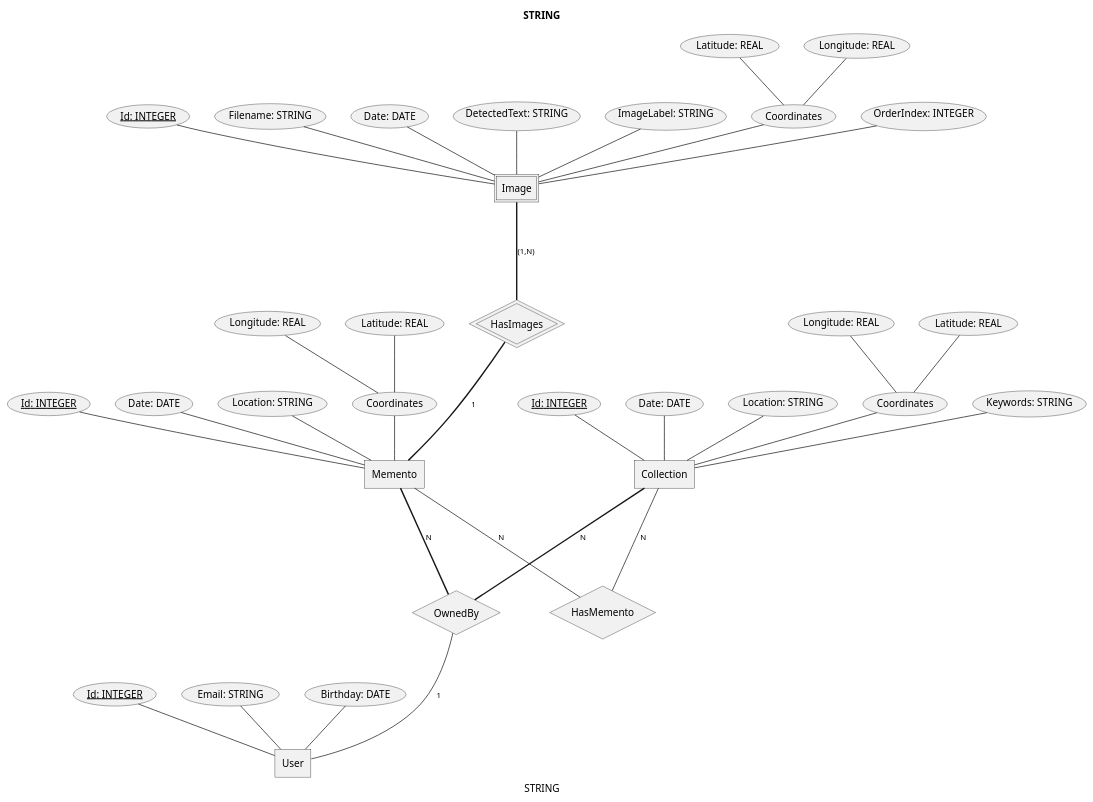
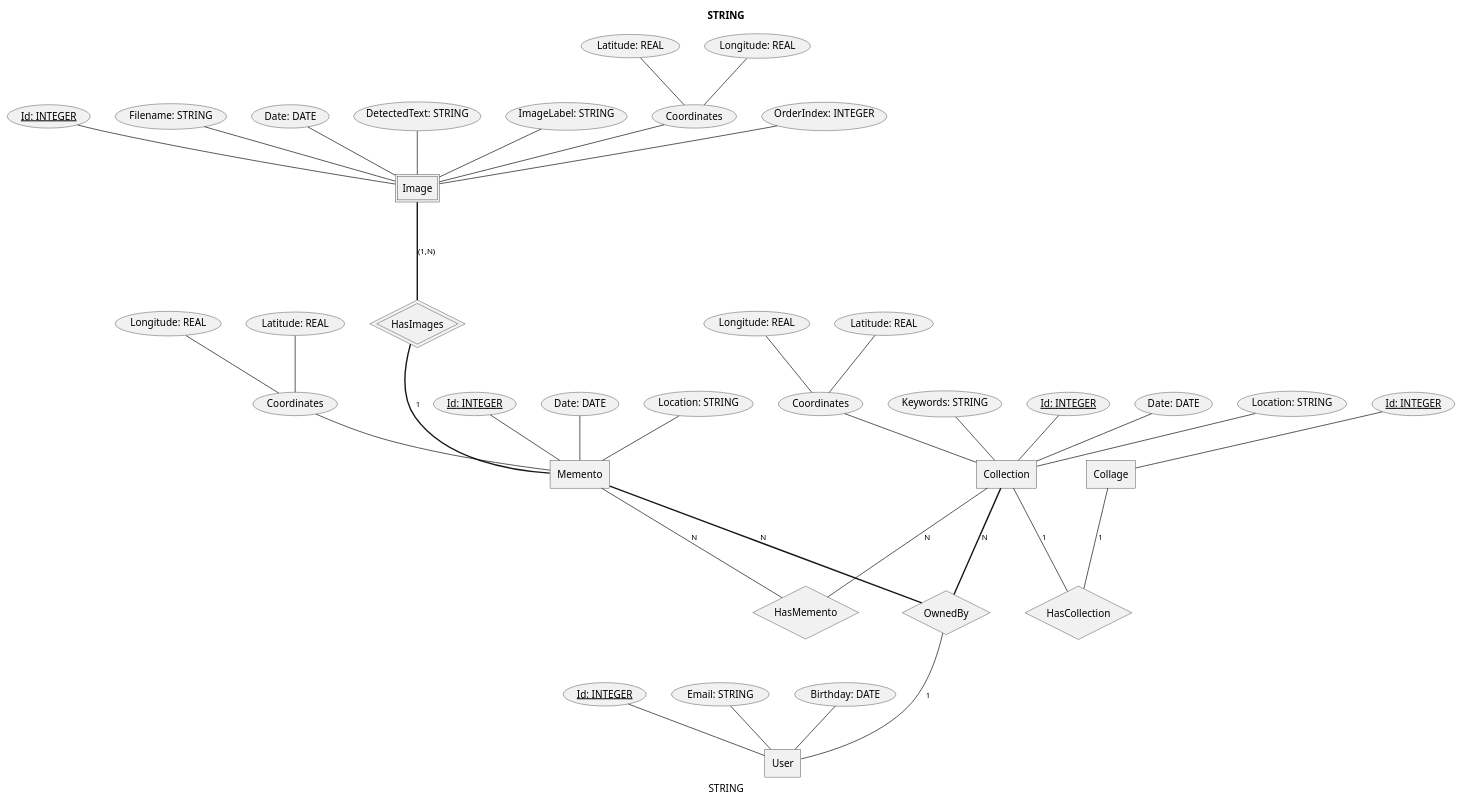
The diagram in docs/entity-relation.puml (owencooke/memento), drawn with PlantUML before and after one commit.

Commit message:
Add collage to ER diagram

```diff
--- a/docs/entity-relation.puml
+++ b/docs/entity-relation.puml
@@ -3,70 +3,79 @@
 @startchen ERD
 
 title Entity Relationship Diagram
 
 /'left to right direction'/
 
 ' Entities
 entity User {
     Id: INTEGER <<key>>
     Email: STRING
     Birthday: DATE
 }
 
 entity Memento {
     Id: INTEGER <<key>>
     Caption: STRING
     Date: DATE
     Location: STRING
     Coordinates {
       Latitude: REAL
       Longitude: REAL
     }
+}
+
+entity Collage {
+    Id: INTEGER <<key>>
 }
 
 entity Image <<weak>> {
     Id: INTEGER <<key>>
     Filename: STRING
     Date: DATE
     DetectedText: STRING
     ImageLabel: STRING
     Coordinates {
       Latitude: REAL
       Longitude: REAL
     }
     OrderIndex: INTEGER
 }
 
 entity Collection {
     Id: INTEGER <<key>>
     Title: STRING
     Caption: STRING
     Date: DATE
     Location: STRING
     Coordinates {
       Latitude: REAL
       Longitude: REAL
     }
     Keywords: STRING
 }
 
 ' Relationships
 relationship HasImages <<identifying>> {
 }
 Image =(1,N)= HasImages
 HasImages =1= Memento
 
+relationship HasCollection {
+}
+Collage -1- HasCollection
+Collection -1- HasCollection
+
 
 relationship OwnedBy {
 }
 Memento =N= OwnedBy
 Collection =N= OwnedBy
 OwnedBy -1- User
 
 
 relationship HasMemento {
 }
 Collection -N- HasMemento
 Memento -N- HasMemento
 
 @endchen
```
